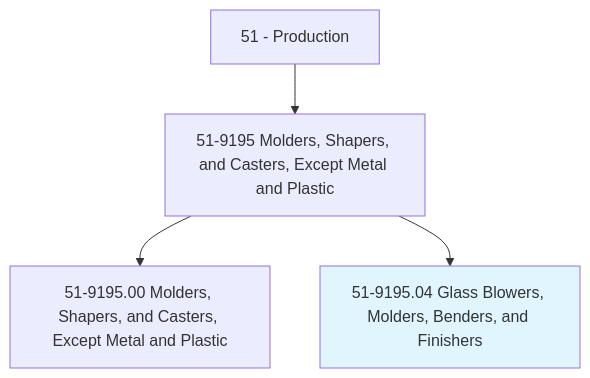
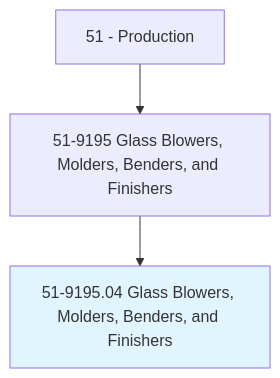
The first of 4 diagrams in occupations/Production/GlassBlowersMoldersBendersAndFinishers.mdx (kziemski/business.org.ai), drawn with Mermaid before and after one commit. The commit also changed other lines of this file and 938 other files, not shown here.

````diff
--- a/occupations/Production/GlassBlowersMoldersBendersAndFinishers.mdx
+++ b/occupations/Production/GlassBlowersMoldersBendersAndFinishers.mdx
@@ -19,7 +23,6 @@
 ```mermaid
 graph TD
-    Cat51["51 - Production"] --> Group519195["51-9195 Molders, Shapers, and Casters, Except Metal and Plastic"]
-    Group519195 --> Base["51-9195.00 Molders, Shapers, and Casters, Except Metal and Plastic"]
+    Cat51["51 - Production"] --> Group519195["51-9195 Glass Blowers, Molders, Benders, and Finishers"]
     Group519195 --> Current["51-9195.04 Glass Blowers, Molders, Benders, and Finishers"]
     style Current fill:#e1f5fe
 ```
````
